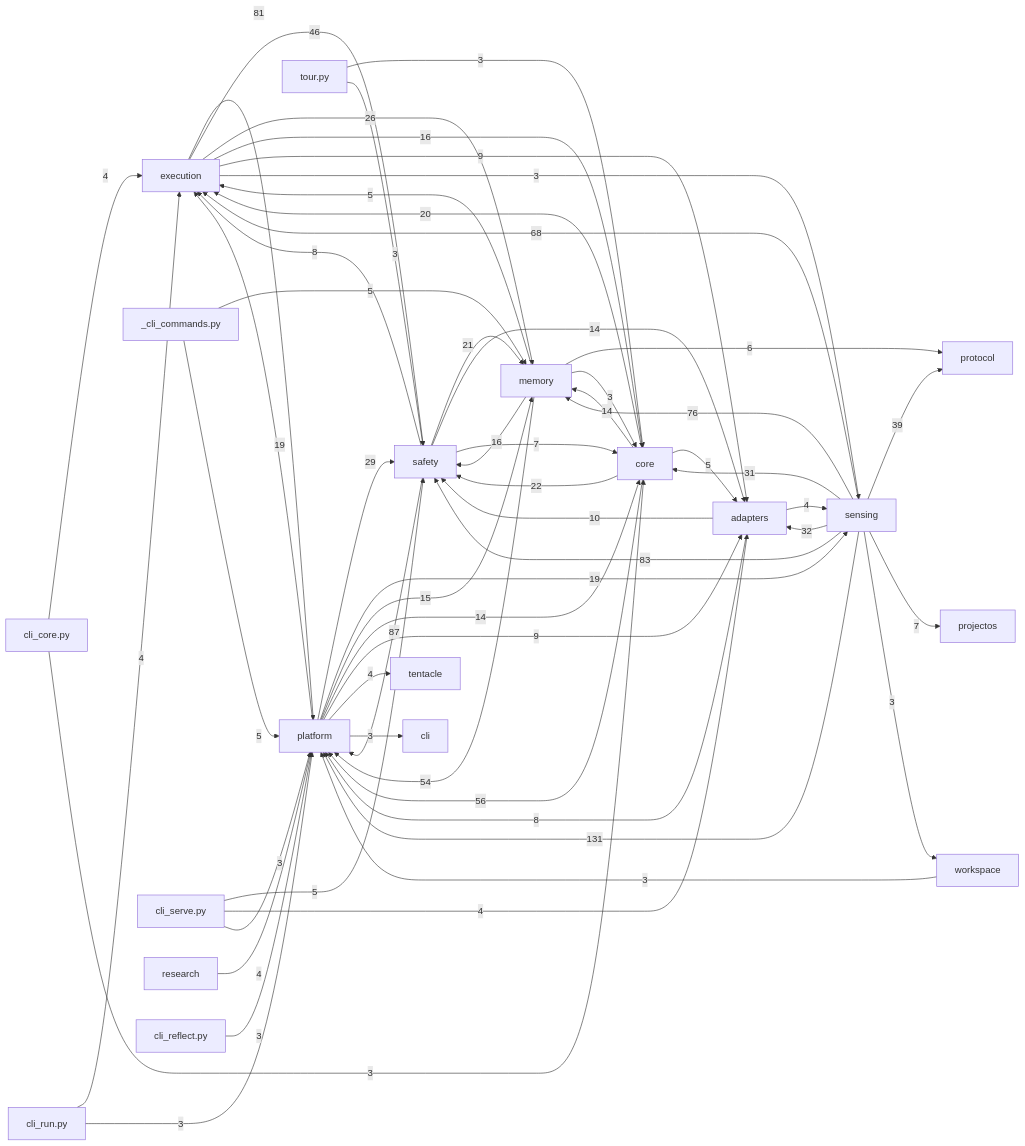
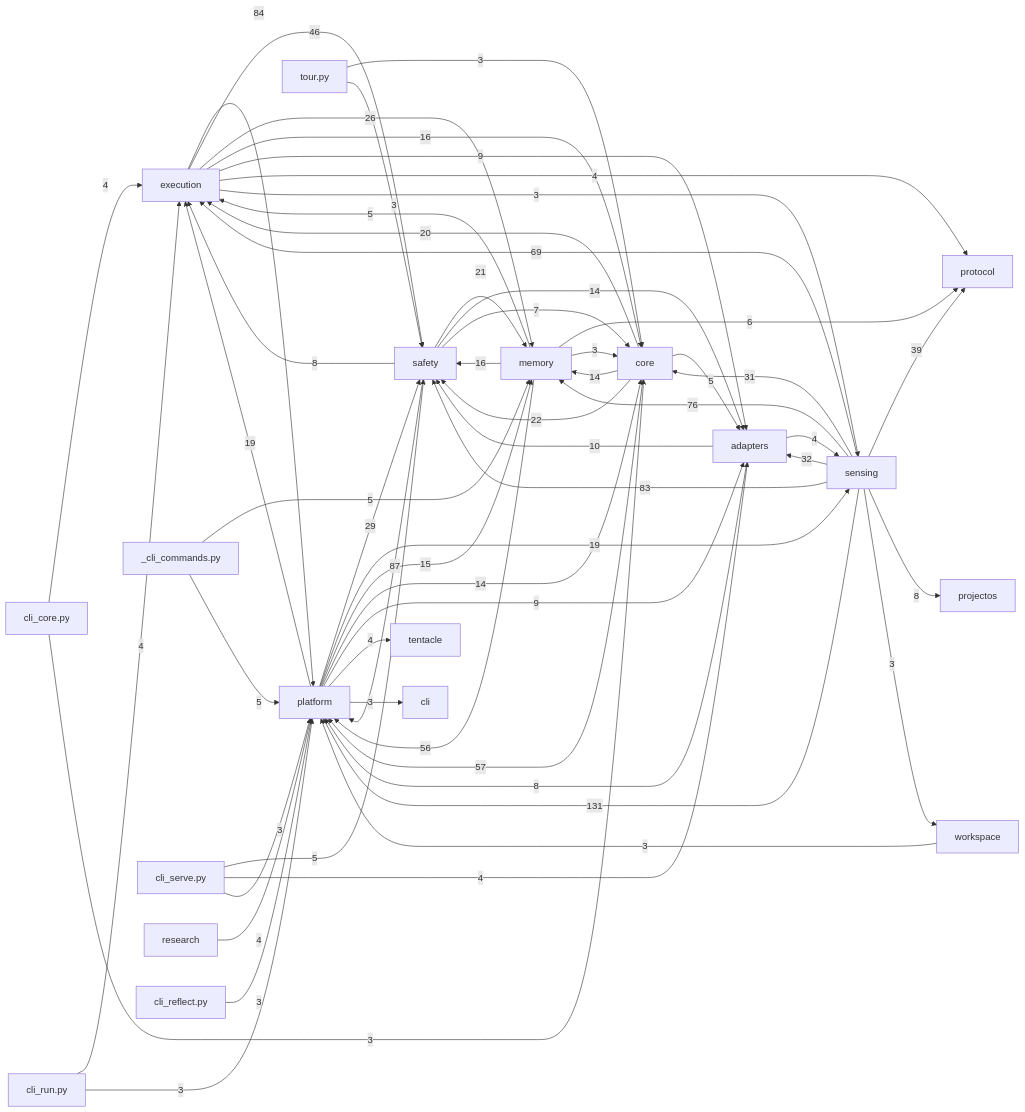
Before and after one commit to dengdenghua/octopus-agent: the diagram in docs/auto/20-backend/index.md, drawn with Mermaid. The commit also changed 14 other files, not shown here.

````diff
--- a/docs/auto/20-backend/index.md
+++ b/docs/auto/20-backend/index.md
@@ -26,65 +26,66 @@
 ```mermaid
 graph LR
   execution[execution]
   core[core]
   safety[safety]
   memory[memory]
   sensing[sensing]
   adapters[adapters]
   platform[platform]
   sensing -- 131 --> platform
   safety -- 87 --> platform
+  execution -- 84 --> platform
   sensing -- 83 --> safety
-  execution -- 81 --> platform
   sensing -- 76 --> memory
-  sensing -- 68 --> execution
-  core -- 56 --> platform
-  memory -- 54 --> platform
+  sensing -- 69 --> execution
+  core -- 57 --> platform
+  memory -- 56 --> platform
   execution -- 46 --> safety
   sensing -- 39 --> protocol
   sensing -- 32 --> adapters
   sensing -- 31 --> core
   platform -- 29 --> safety
   execution -- 26 --> memory
   core -- 22 --> safety
   safety -- 21 --> memory
   core -- 20 --> execution
   platform -- 19 --> execution
   platform -- 19 --> sensing
   execution -- 16 --> core
   memory -- 16 --> safety
   platform -- 15 --> memory
   core -- 14 --> memory
   platform -- 14 --> core
   safety -- 14 --> adapters
   adapters -- 10 --> safety
   execution -- 9 --> adapters
   platform -- 9 --> adapters
   adapters -- 8 --> platform
   safety -- 8 --> execution
+  sensing -- 8 --> projectos
   safety -- 7 --> core
-  sensing -- 7 --> projectos
   memory -- 6 --> protocol
   _cli_commands.py -- 5 --> memory
   _cli_commands.py -- 5 --> platform
   cli_serve.py -- 5 --> safety
   core -- 5 --> adapters
   memory -- 5 --> execution
   adapters -- 4 --> sensing
   cli_core.py -- 4 --> execution
   cli_run.py -- 4 --> execution
   cli_serve.py -- 4 --> adapters
+  execution -- 4 --> protocol
   platform -- 4 --> tentacle
   research -- 4 --> platform
   cli_core.py -- 3 --> core
   cli_reflect.py -- 3 --> platform
   cli_run.py -- 3 --> platform
   cli_serve.py -- 3 --> platform
   execution -- 3 --> sensing
   memory -- 3 --> core
   platform -- 3 --> cli
   sensing -- 3 --> workspace
   tour.py -- 3 --> core
   tour.py -- 3 --> safety
   workspace -- 3 --> platform
 ```
````
